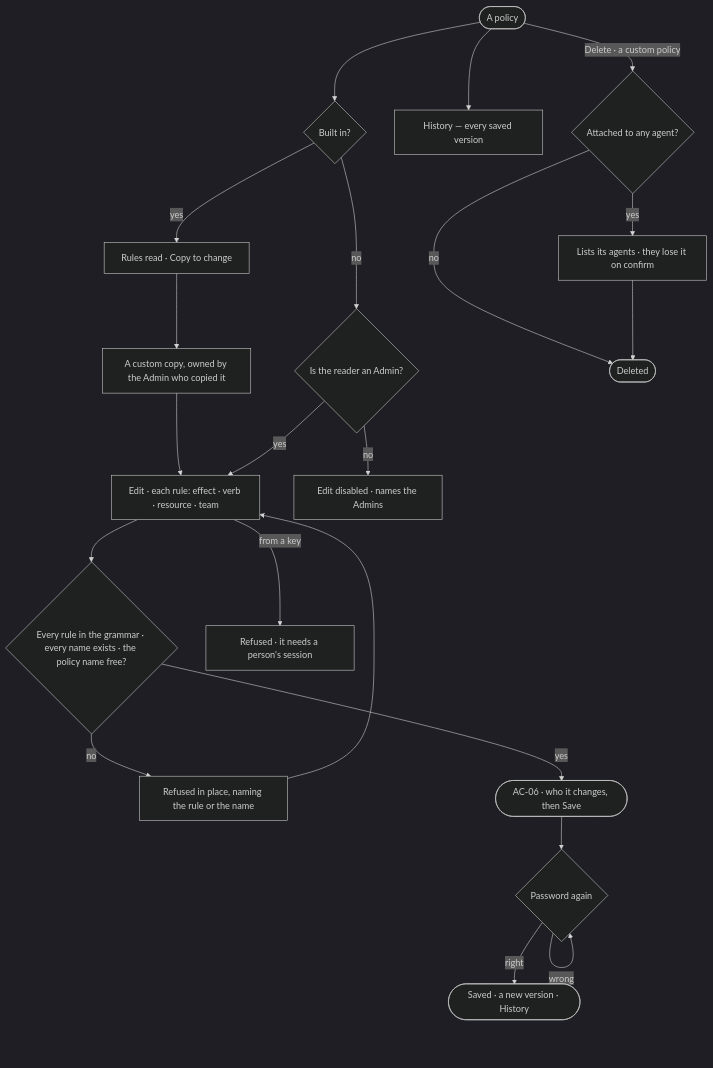
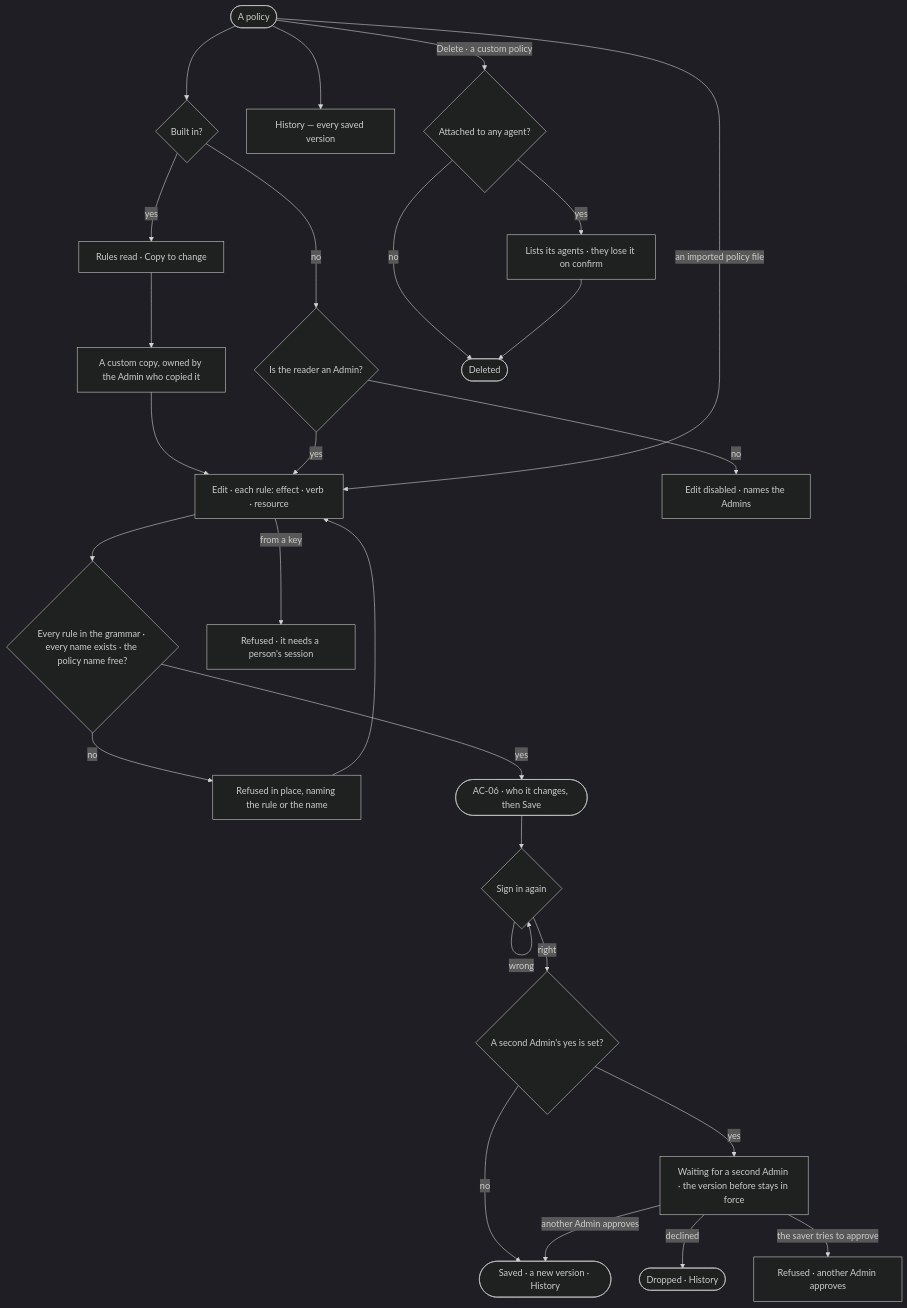
Before and after one commit to invana/invana: the diagram in specs/os/access/features/AC-F02-access-policies/stories/AC-04-write-the-rules-of-an-access-policy/story.md, drawn with Mermaid (dark theme). The commit also changed other lines of this file and 300 other files, not shown here.

````diff
--- a/specs/os/access/features/AC-F02-access-policies/stories/AC-04-write-the-rules-of-an-access-policy/story.md
+++ b/specs/os/access/features/AC-F02-access-policies/stories/AC-04-write-the-rules-of-an-access-policy/story.md
@@ -26,21 +26,27 @@
 ```mermaid
 flowchart TD
   r([A policy]) --> k{"Built in?"}
   k -->|yes| bi["Rules read · Copy to change"] --> cp["A custom copy, owned by the Admin who copied it"] --> e
   k -->|no| ed{"Is the reader an Admin?"}
   ed -->|no| ask["Edit disabled · names the Admins"]
-  ed -->|yes| e["Edit · each rule: effect · verb · resource · team"]
+  ed -->|yes| e["Edit · each rule: effect · verb · resource"]
+  r -->|an imported policy file| e
   e --> v{"Every rule in the grammar · every name exists · the policy name free?"}
   v -->|no| ref["Refused in place, naming the rule or the name"]
   ref --> e
   v -->|yes| imp(["AC-06 · who it changes, then Save"])
-  imp --> pw{"Password again"}
-  pw -->|right| sv(["Saved · a new version · History"])
+  imp --> pw{"Sign in again"}
   pw -->|wrong| pw
+  pw -->|right| two{"A second Admin's yes is set?"}
+  two -->|no| sv(["Saved · a new version · History"])
+  two -->|yes| wait["Waiting for a second Admin · the version before stays in force"]
+  wait -->|another Admin approves| sv
+  wait -->|declined| dec(["Dropped · History"])
+  wait -->|the saver tries to approve| self["Refused · another Admin approves"]
   e -->|from a key| ks["Refused · it needs a person's session"]
   r --> h["History — every saved version"]
   r -->|Delete · a custom policy| dl{"Attached to any agent?"}
   dl -->|yes| hl["Lists its agents · they lose it on confirm"]
   dl -->|no| gone(["Deleted"])
   hl --> gone
 ```
````
